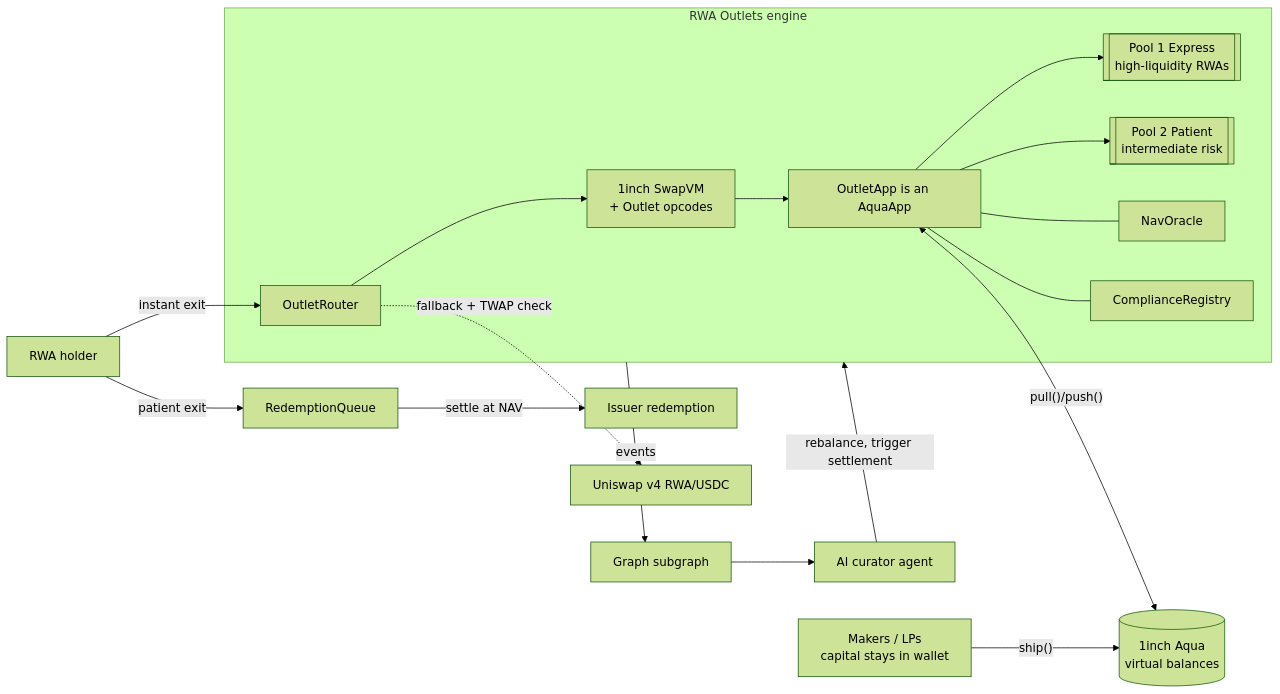
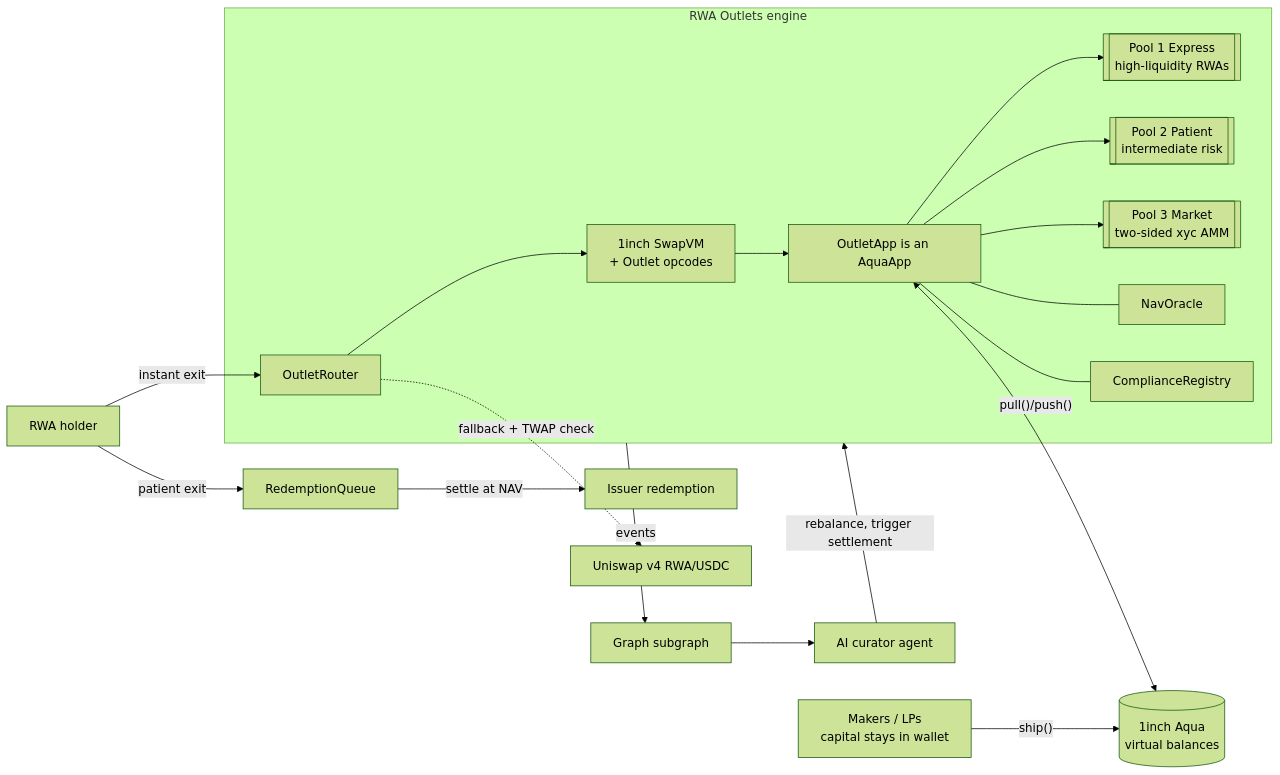
The diagram in docs/01-architecture.md (rwa-outlets/rwa-outlet-contracts-core), drawn with Mermaid (forest theme) before and after one commit. The commit also changed other lines of this file and 1 other file, not shown here.

First line of the commit message:
docs: add two-sided xyc AMM pool (Pool 3) and isolated resting-bid maker mode

````diff
--- a/docs/01-architecture.md
+++ b/docs/01-architecture.md
@@ -41,21 +41,22 @@
 ```mermaid
 flowchart LR
   U[RWA holder] -->|instant exit| R[OutletRouter]
   U -->|patient exit| Q[RedemptionQueue]
   M[Makers / LPs<br/>capital stays in wallet] -->|"ship()"| AQ[(1inch Aqua<br/>virtual balances)]
 
   subgraph ENGINE[RWA Outlets engine]
     R --> VM[1inch SwapVM<br/>+ Outlet opcodes]
     VM --> APP[OutletApp is an AquaApp]
     APP --> P1[[Pool 1 Express<br/>high-liquidity RWAs]]
     APP --> P2[[Pool 2 Patient<br/>intermediate risk]]
+    APP --> P3[[Pool 3 Market<br/>two-sided xyc AMM]]
     APP --- NAV[NavOracle]
     APP --- KYC[ComplianceRegistry]
   end
 
   APP <-->|"pull()/push()"| AQ
   Q -->|settle at NAV| ISS[Issuer redemption]
   R -.->|fallback + TWAP check| UNI[Uniswap v4 RWA/USDC]
   ENGINE -->|events| SG[Graph subgraph] --> AGENT[AI curator agent]
   AGENT -->|rebalance, trigger settlement| ENGINE
 ```
````
